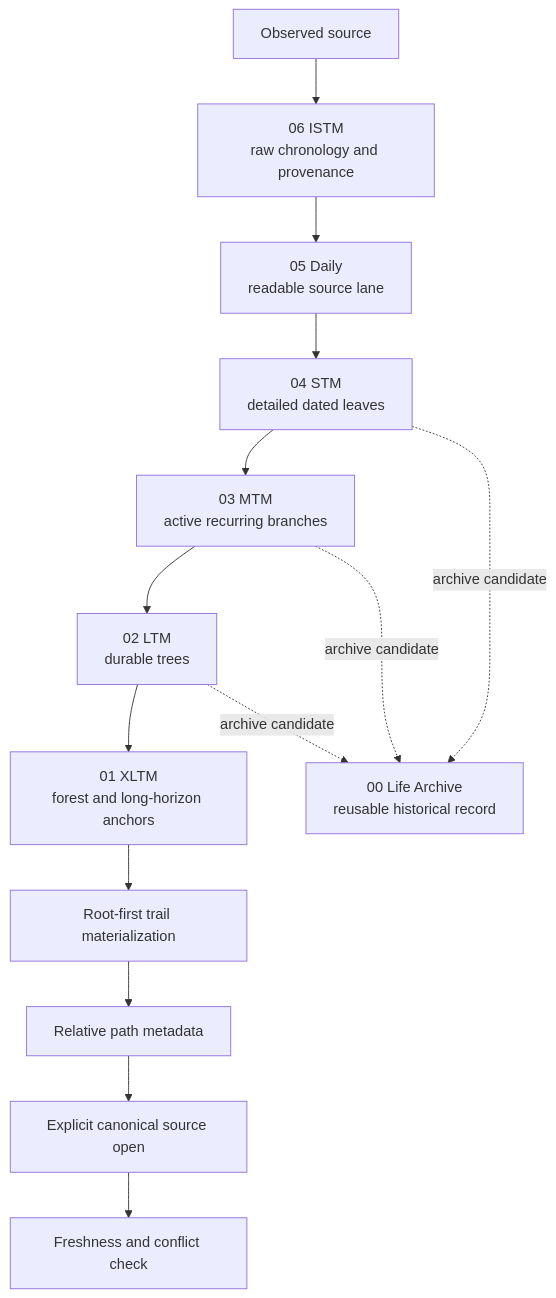
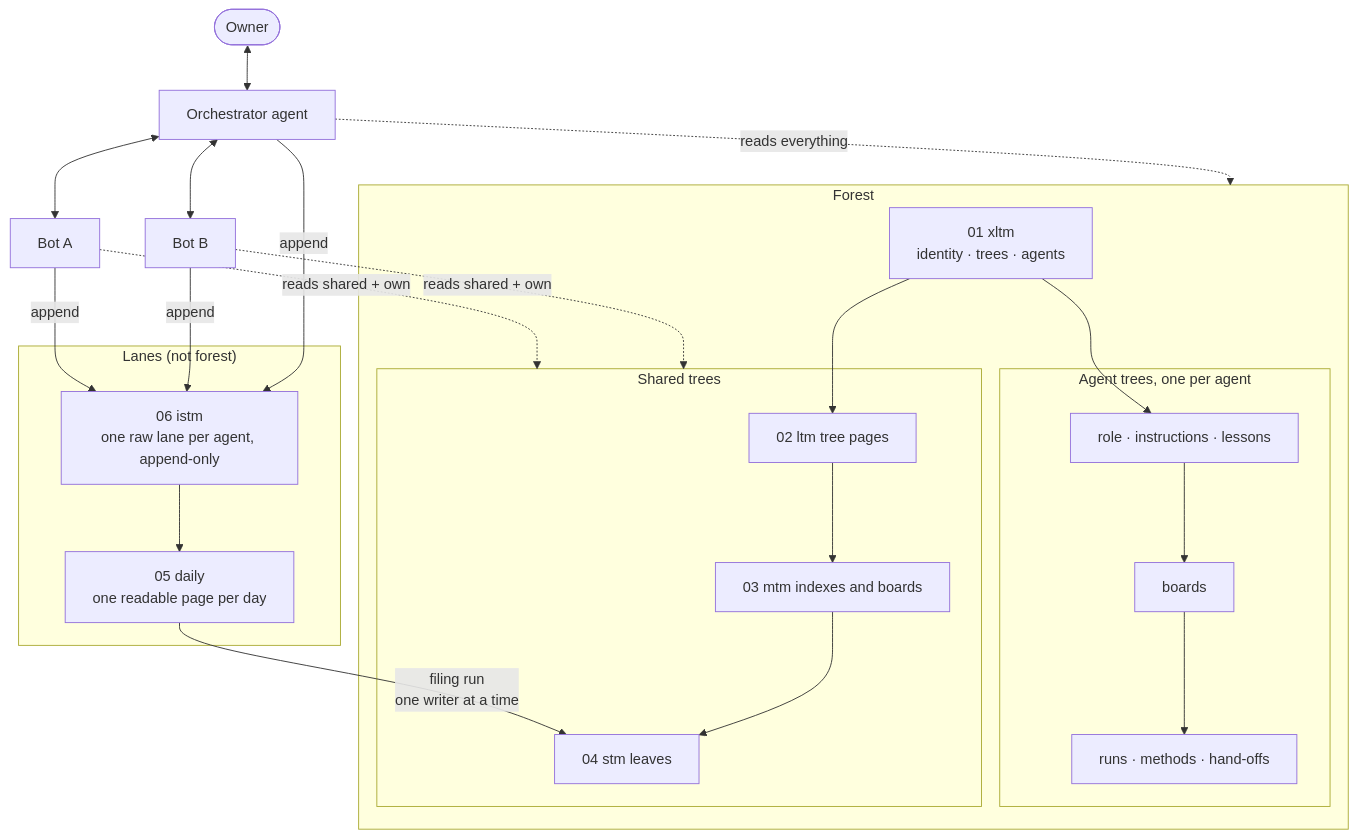
The diagram in README.md (agent-memory-atlas-archive/hyungchulc--agent-memory-forest), drawn with Mermaid before and after one commit. The commit also changed other lines of this file and 4 other files, not shown here.

Commit message:
docs: rewrite the READMEs, privacy, roadmap and changelog for version 1

````diff
--- a/README.md
+++ b/README.md
@@ -36,17 +52,34 @@
 ```mermaid
 flowchart TB
-    source["Observed source"] --> istm["06 ISTM<br/>raw chronology and provenance"]
-    istm --> daily["05 Daily<br/>readable source lane"]
-    daily --> stm["04 STM<br/>detailed dated leaves"]
-    stm --> mtm["03 MTM<br/>active recurring branches"]
-    mtm --> ltm["02 LTM<br/>durable trees"]
-    ltm --> xltm["01 XLTM<br/>forest and long-horizon anchors"]
-    stm -. archive candidate .-> archive["00 Life Archive<br/>reusable historical record"]
-    mtm -. archive candidate .-> archive
-    ltm -. archive candidate .-> archive
+    owner(["Owner"]) <--> hub["Orchestrator agent"]
+    hub <--> botA["Bot A"]
+    hub <--> botB["Bot B"]
 
-    xltm --> route["Root-first trail materialization"]
-    route --> metadata["Relative path metadata"]
-    metadata --> open["Explicit canonical source open"]
-    open --> verify["Freshness and conflict check"]
+    subgraph lanes ["Lanes (not forest)"]
+        istm["06 istm<br/>one raw lane per agent, append-only"]
+        daily["05 daily<br/>one readable page per day"]
+        istm --> daily
+    end
+
+    hub -- append --> istm
+    botA -- append --> istm
+    botB -- append --> istm
+
+    daily -- "filing run<br/>one writer at a time" --> stm
+
+    subgraph forest ["Forest"]
+        xltm["01 xltm<br/>identity · trees · agents"]
+        subgraph shared ["Shared trees"]
+            ltm["02 ltm tree pages"] --> mtm["03 mtm indexes and boards"] --> stm["04 stm leaves"]
+        end
+        subgraph own ["Agent trees, one per agent"]
+            altm["role · instructions · lessons"] --> amtm["boards"] --> astm["runs · methods · hand-offs"]
+        end
+        xltm --> ltm
+        xltm --> altm
+    end
+
+    hub -. reads everything .-> forest
+    botA -. reads shared + own .-> shared
+    botB -. reads shared + own .-> shared
 ```
````
